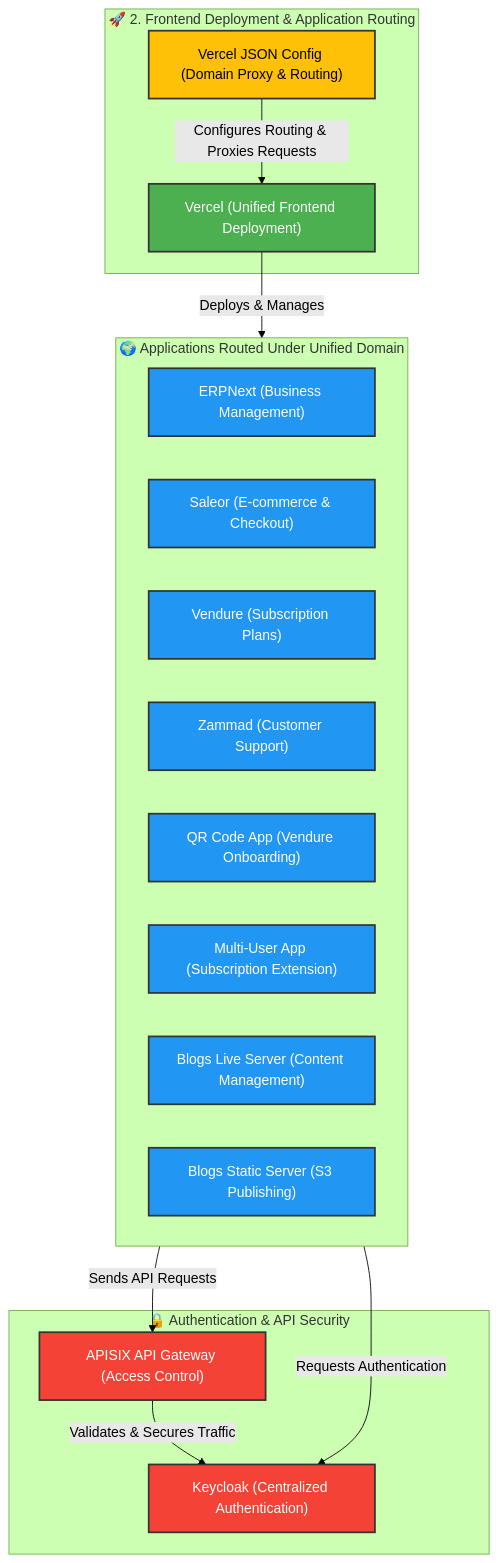
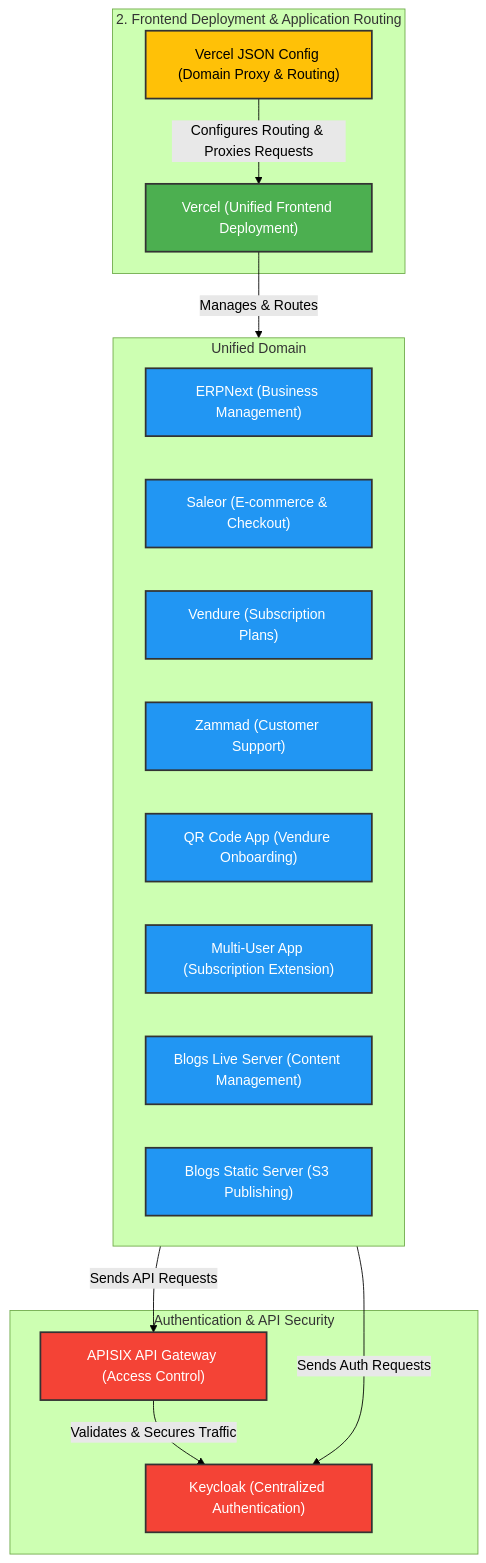
Before and after one commit to LuigiClemente/workflow: the second of 10 diagrams in README.md, drawn with Mermaid (forest theme).

````diff
--- a/README.md
+++ b/README.md
@@ -59,41 +59,40 @@
 ```mermaid
 flowchart TB
     %% Define Colors
     classDef vercelStyle fill:#4CAF50,stroke:#333,stroke-width:2px,color:#fff;
     classDef appStyle fill:#2196F3,stroke:#333,stroke-width:2px,color:#fff;
     classDef routingStyle fill:#FFC107,stroke:#333,stroke-width:2px,color:#000;
     classDef securityStyle fill:#F44336,stroke:#333,stroke-width:2px,color:#fff;
 
     %% Frontend Deployment via Vercel
-    subgraph Vercel_Deployment["🚀 2. Frontend Deployment & Application Routing"]
+    subgraph Vercel_Deployment["2. Frontend Deployment & Application Routing"]
         Vercel["Vercel (Unified Frontend Deployment)"]:::vercelStyle
         JSONConfig["Vercel JSON Config (Domain Proxy & Routing)"]:::routingStyle
     end
 
     %% Applications Routed via Vercel
-    subgraph Applications["🌍 Applications Routed Under Unified Domain"]
+    subgraph Applications["Unified Domain"]
         ERPNext["ERPNext (Business Management)"]:::appStyle
         Saleor["Saleor (E-commerce & Checkout)"]:::appStyle
         Vendure["Vendure (Subscription Plans)"]:::appStyle
         Zammad["Zammad (Customer Support)"]:::appStyle
         QRCodeApp["QR Code App (Vendure Onboarding)"]:::appStyle
         MultiUserApp["Multi-User App (Subscription Extension)"]:::appStyle
         BlogsLive["Blogs Live Server (Content Management)"]:::appStyle
         BlogsStatic["Blogs Static Server (S3 Publishing)"]:::appStyle
     end
 
     %% Security Layer
-    subgraph Security["🔒 Authentication & API Security"]
+    subgraph Security["Authentication & API Security"]
         APISIX["APISIX API Gateway (Access Control)"]:::securityStyle
         Keycloak["Keycloak (Centralized Authentication)"]:::securityStyle
     end
 
     %% Connections
-    Vercel -->|Deploys & Manages| Applications
     JSONConfig -->|Configures Routing & Proxies Requests| Vercel
-    Applications -->|Requests Authentication| Keycloak
+    Vercel -->|Manages & Routes| Applications
+    Applications -->|Sends Auth Requests| Keycloak
     Applications -->|Sends API Requests| APISIX
     APISIX -->|Validates & Secures Traffic| Keycloak
 
-
 ```
````
